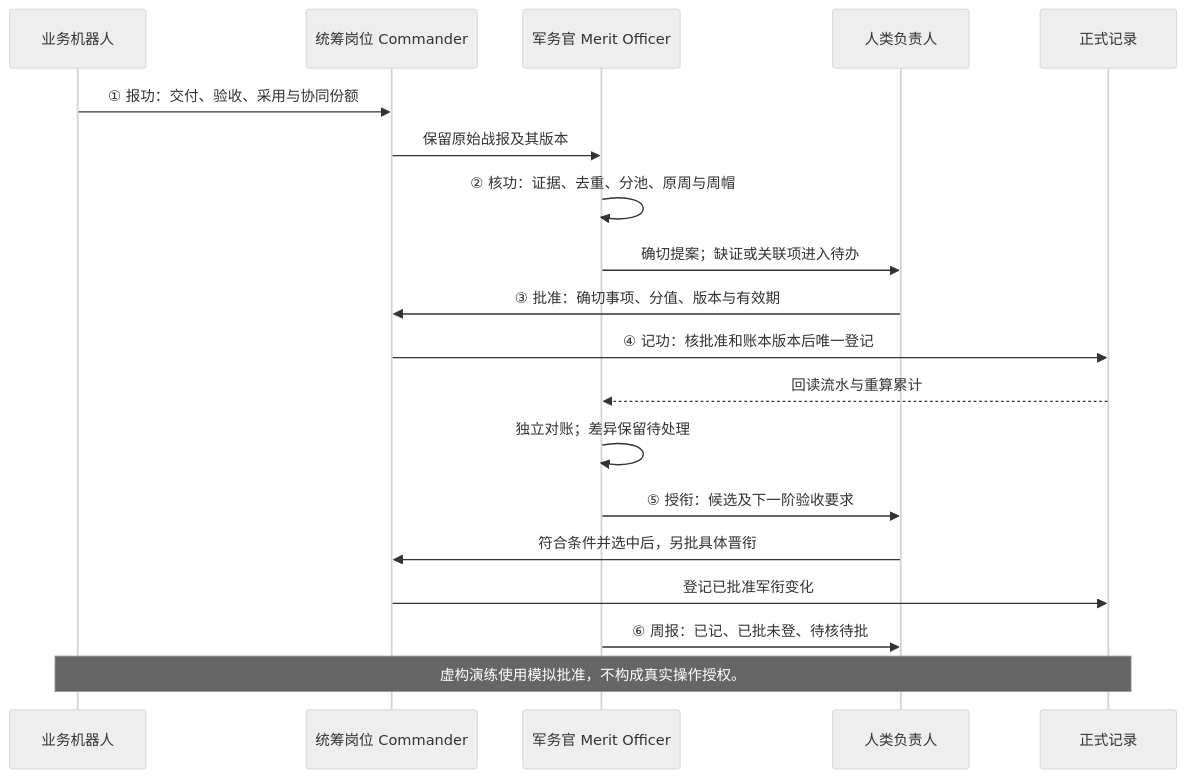
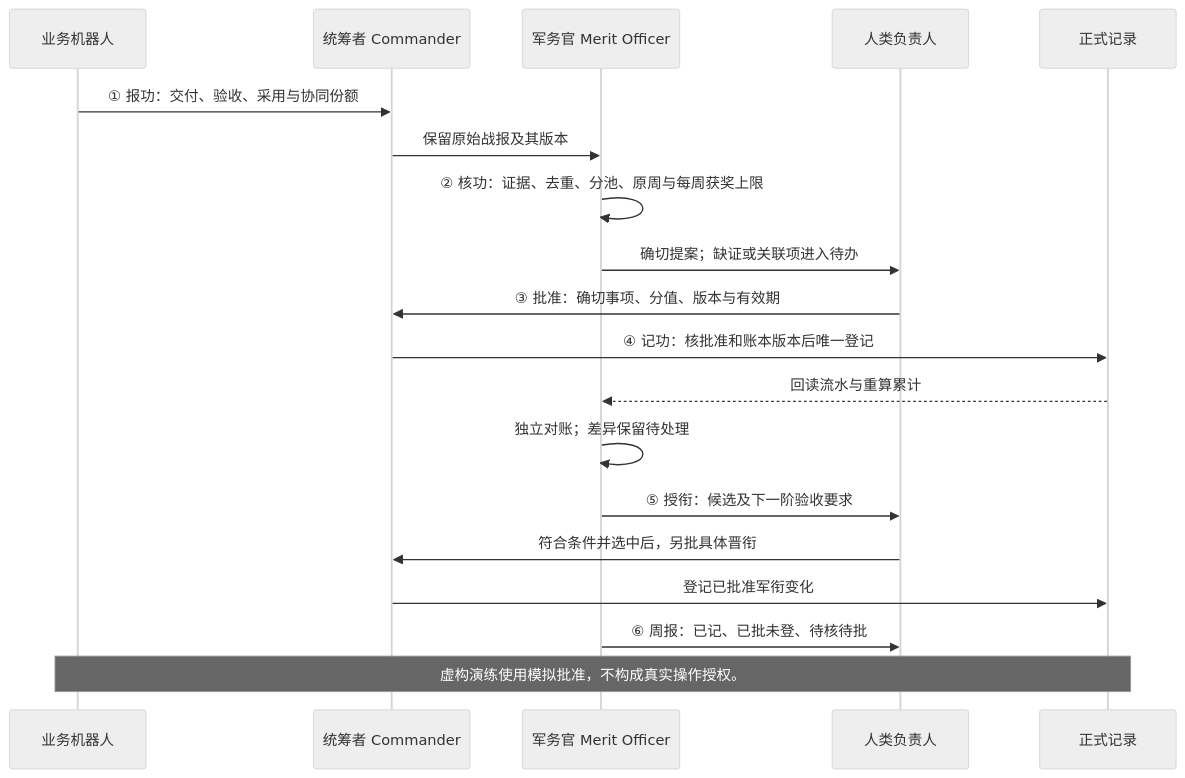
Before and after one commit to situker/situk-mars: the second of 2 diagrams in docs/architecture.zh-CN.md, drawn with Mermaid (neutral theme). The commit also changed other lines of this file and 43 other files, not shown here.

````diff
--- a/docs/architecture.zh-CN.md
+++ b/docs/architecture.zh-CN.md
@@ -44,21 +44,21 @@
 ```mermaid
 sequenceDiagram
     participant B as 业务机器人
-    participant C as 统筹岗位 Commander
+    participant C as 统筹者 Commander
     participant O as 军务官 Merit Officer
     participant H as 人类负责人
     participant L as 正式记录
     B->>C: ① 报功：交付、验收、采用与协同份额
     C->>O: 保留原始战报及其版本
-    O->>O: ② 核功：证据、去重、分池、原周与周帽
+    O->>O: ② 核功：证据、去重、分池、原周与每周获奖上限
     O->>H: 确切提案；缺证或关联项进入待办
     H->>C: ③ 批准：确切事项、分值、版本与有效期
     C->>L: ④ 记功：核批准和账本版本后唯一登记
     L-->>O: 回读流水与重算累计
     O->>O: 独立对账；差异保留待处理
     O->>H: ⑤ 授衔：候选及下一阶验收要求
     H->>C: 符合条件并选中后，另批具体晋衔
     C->>L: 登记已批准军衔变化
     O->>H: ⑥ 周报：已记、已批未登、待核待批
     Note over B,L: 虚构演练使用模拟批准，不构成真实操作授权。
 ```
````
